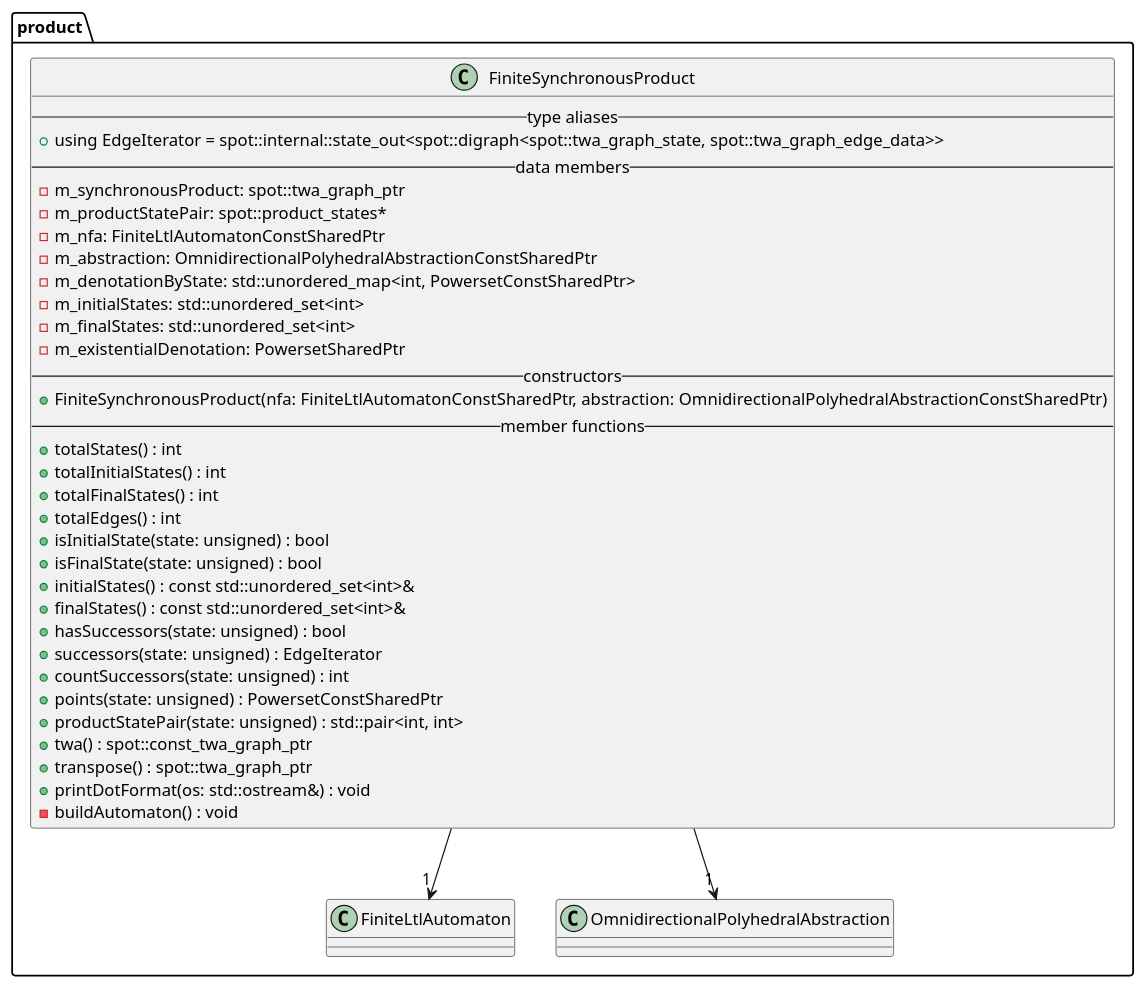
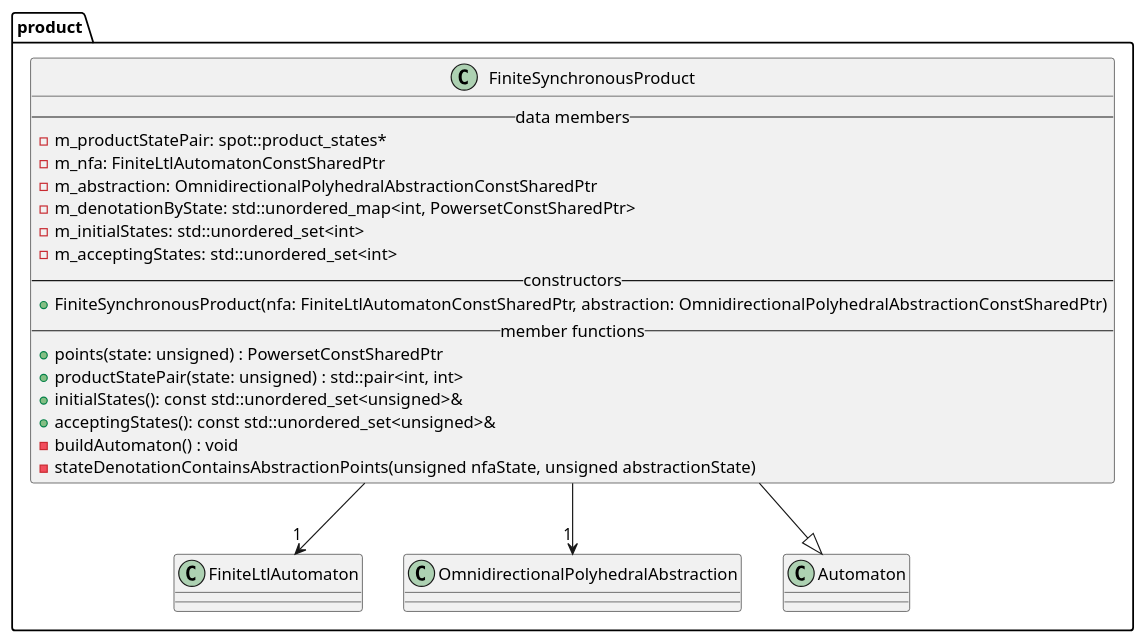
The diagram in docs/plantuml/product.puml (vtramo/rtl-mc), drawn with PlantUML before and after one commit. The commit also changed 64 other files, not shown here.

```diff
--- a/docs/plantuml/product.puml
+++ b/docs/plantuml/product.puml
@@ -1,41 +1,27 @@
 @startuml
 
 package product {
     class FiniteSynchronousProduct {
-        -- type aliases --
-        +using EdgeIterator = spot::internal::state_out<spot::digraph<spot::twa_graph_state, spot::twa_graph_edge_data>>
         -- data members --
-        -m_synchronousProduct: spot::twa_graph_ptr
         -m_productStatePair: spot::product_states*
         -m_nfa: FiniteLtlAutomatonConstSharedPtr
         -m_abstraction: OmnidirectionalPolyhedralAbstractionConstSharedPtr
         -m_denotationByState: std::unordered_map<int, PowersetConstSharedPtr>
         -m_initialStates: std::unordered_set<int>
-        -m_finalStates: std::unordered_set<int>
-        -m_existentialDenotation: PowersetSharedPtr
+        -m_acceptingStates: std::unordered_set<int>
         -- constructors --
         +FiniteSynchronousProduct(nfa: FiniteLtlAutomatonConstSharedPtr, abstraction: OmnidirectionalPolyhedralAbstractionConstSharedPtr)
         -- member functions --
-        +totalStates() : int
-        +totalInitialStates() : int
-        +totalFinalStates() : int
-        +totalEdges() : int
-        +isInitialState(state: unsigned) : bool
-        +isFinalState(state: unsigned) : bool
-        +initialStates() : const std::unordered_set<int>&
-        +finalStates() : const std::unordered_set<int>&
-        +hasSuccessors(state: unsigned) : bool
-        +successors(state: unsigned) : EdgeIterator
-        +countSuccessors(state: unsigned) : int
         +points(state: unsigned) : PowersetConstSharedPtr
         +productStatePair(state: unsigned) : std::pair<int, int>
-        +twa() : spot::const_twa_graph_ptr
-        +transpose() : spot::twa_graph_ptr
-        +printDotFormat(os: std::ostream&) : void
+        +initialStates(): const std::unordered_set<unsigned>&
+        +acceptingStates(): const std::unordered_set<unsigned>&
         -buildAutomaton() : void
+        -stateDenotationContainsAbstractionPoints(unsigned nfaState, unsigned abstractionState)
     }
 
     FiniteSynchronousProduct --> "1" FiniteLtlAutomaton
     FiniteSynchronousProduct --> "1" OmnidirectionalPolyhedralAbstraction
+    FiniteSynchronousProduct --|> Automaton
 }
 @enduml
```
